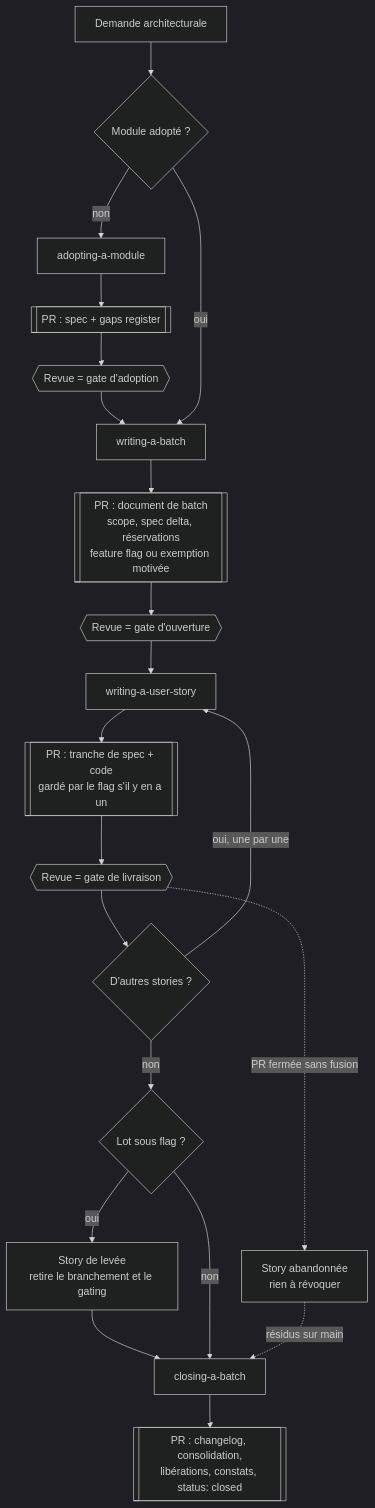
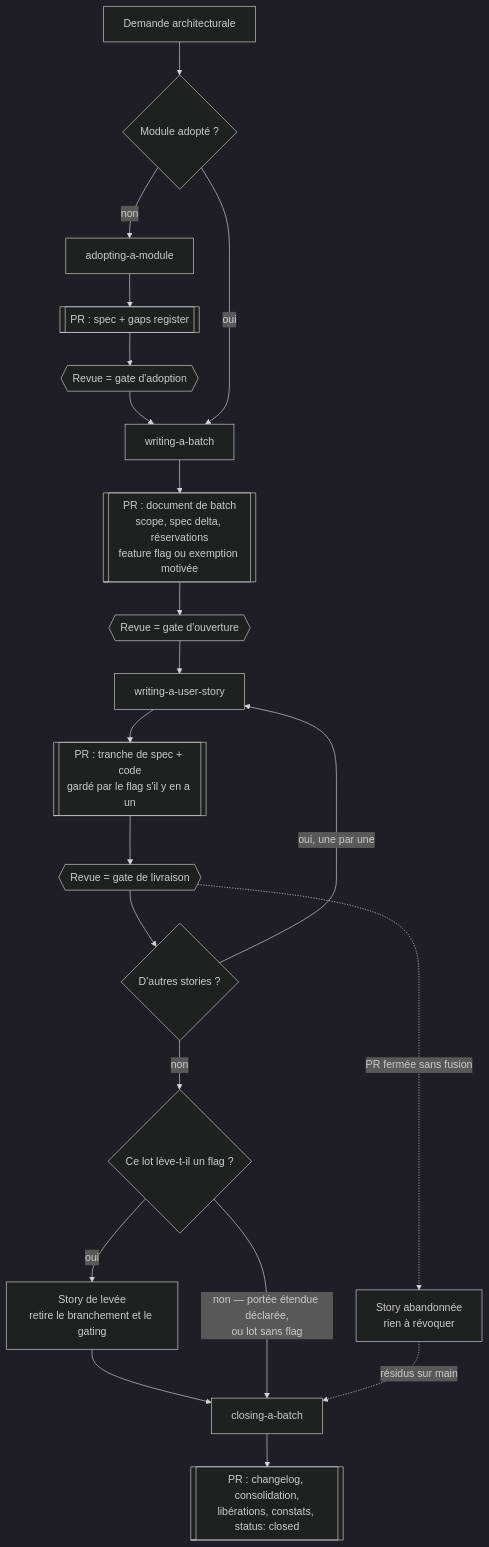
The first of 4 diagrams in docs/superpowers/specs/2026-09-03-supercharlouze-design.md (charlouze/superpowers-by-charlouze), drawn with Mermaid (dark theme) before and after one commit. The commit also changed other lines of this file and 1 other file, not shown here.

First line of the commit message:
docs: a feature flag may outlive its batch, if it says so

````diff
--- a/docs/superpowers/specs/2026-09-03-supercharlouze-design.md
+++ b/docs/superpowers/specs/2026-09-03-supercharlouze-design.md
@@ -348,28 +374,28 @@
 ```mermaid
 flowchart TD
     REQ["Demande architecturale"] --> ADOPTED{"Module adopté ?"}
 
     ADOPTED -->|non| AD["adopting-a-module"]
     AD --> ADPR[["PR : spec + gaps register"]]
     ADPR --> ADG{{"Revue = gate d'adoption"}}
     ADG --> WB
 
     ADOPTED -->|oui| WB["writing-a-batch"]
     WB --> BPR[["PR : document de batch<br/>scope, spec delta, réservations<br/>feature flag ou exemption motivée"]]
     BPR --> BG{{"Revue = gate d'ouverture"}}
 
     BG --> WS["writing-a-user-story"]
     WS --> SPR[["PR : tranche de spec + code<br/>gardé par le flag s'il y en a un"]]
     SPR --> SG{{"Revue = gate de livraison"}}
 
     SG --> MORE{"D'autres stories ?"}
     MORE -->|oui, une par une| WS
-    MORE -->|non| FLAG{"Lot sous flag ?"}
+    MORE -->|non| FLAG{"Ce lot lève-t-il un flag ?"}
     FLAG -->|oui| LIFT["Story de levée<br/>retire le branchement et le gating"]
     LIFT --> CB
-    FLAG -->|non| CB["closing-a-batch"]
+    FLAG -->|"non — portée étendue déclarée,<br/>ou lot sans flag"| CB["closing-a-batch"]
     CB --> CPR[["PR : changelog, consolidation,<br/>libérations, constats, status: closed"]]
 
     SG -.->|PR fermée sans fusion| ABANDON["Story abandonnée<br/>rien à révoquer"]
     ABANDON -.->|résidus sur main| CB
 ```
````
